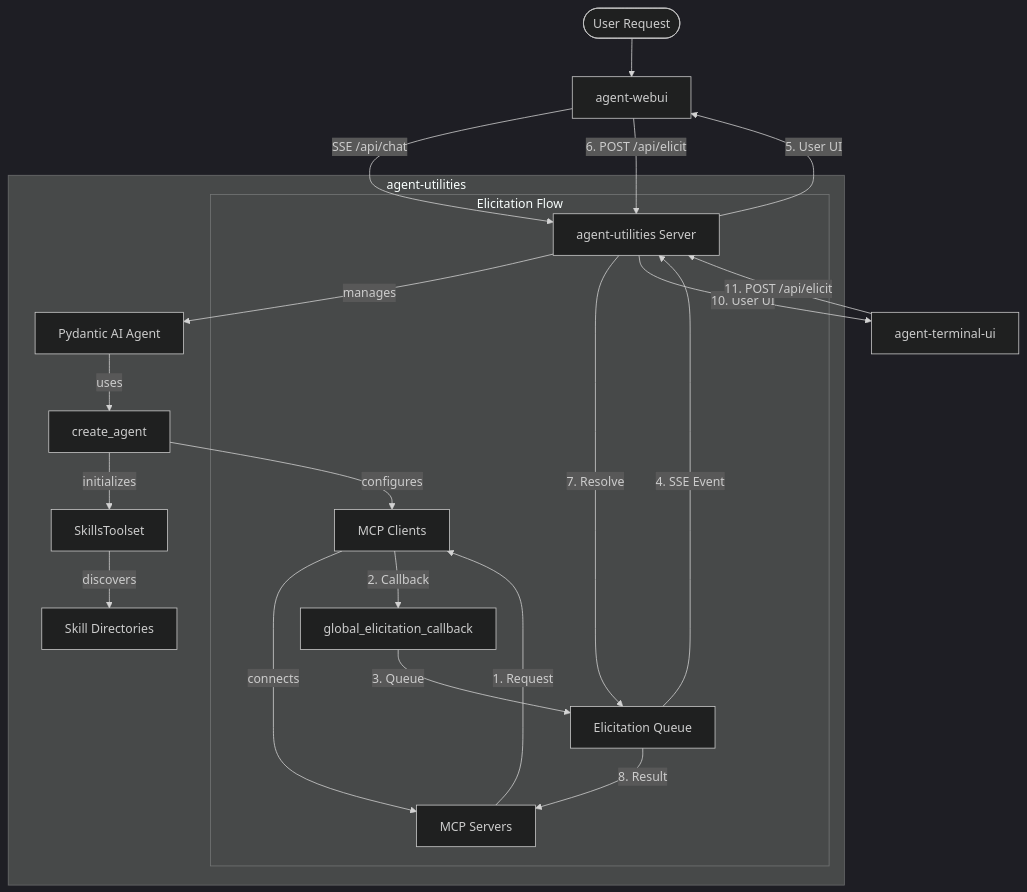
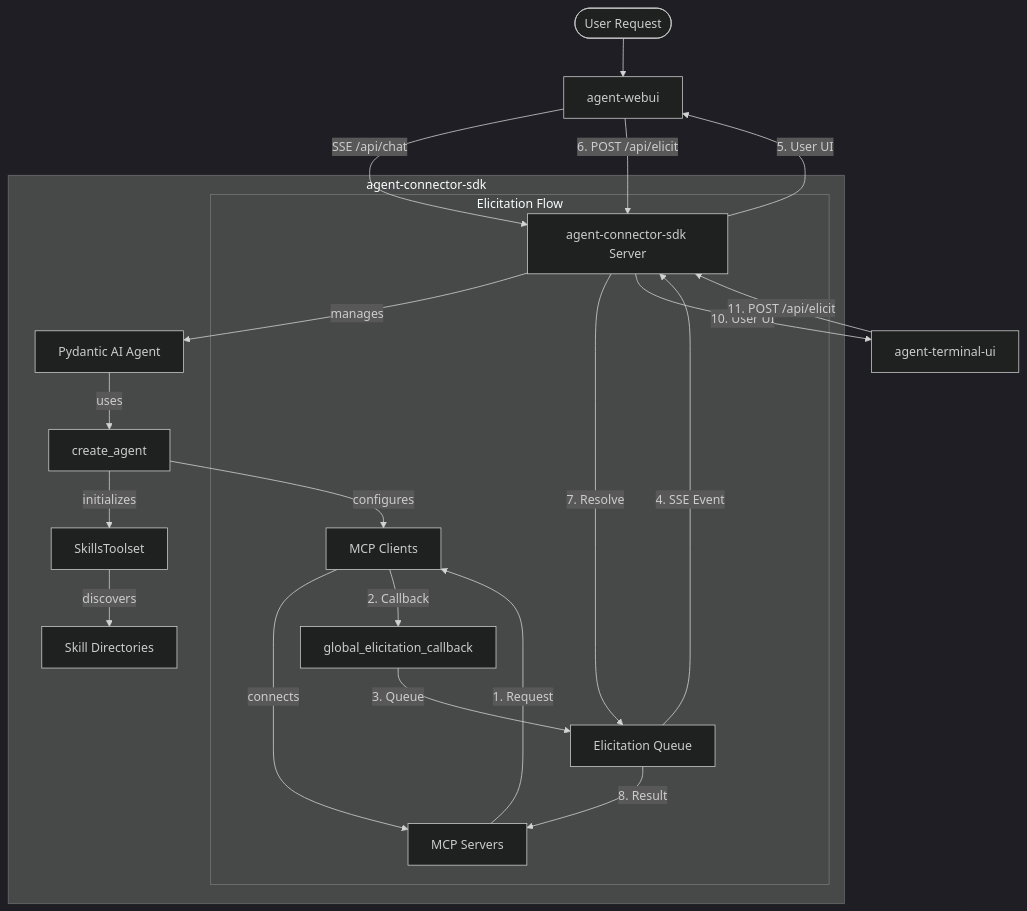
The first of 4 diagrams in AGENTS.md (Knuckles-Team/repository-manager), drawn with Mermaid (dark theme) before and after one commit. The commit also changed other lines of this file and 137 other files, not shown here.

First line of the commit message:
refactor: depend on agent-connector-sdk only; EG work coordination through the EG client

````diff
--- a/AGENTS.md
+++ b/AGENTS.md
@@ -51,29 +51,29 @@
 ```mermaid
 graph TD
     User([User Request]) --> WebUI[agent-webui]
-    WebUI -- SSE /api/chat --> Backend[agent-utilities Server]
+    WebUI -- SSE /api/chat --> Backend[agent-connector-sdk Server]
 
-    subgraph AgentUtilities [agent-utilities]
+    subgraph AgentUtilities [agent-connector-sdk]
         Backend -- manages --> Agent[Pydantic AI Agent]
         Agent -- uses --> CA[create_agent]
         CA -- initializes --> ST[SkillsToolset]
         CA -- configures --> MCP[MCP Clients]
         ST -- discovers --> SkillDir[Skill Directories]
         MCP -- connects --> MCPServer[MCP Servers]
 
         subgraph ElicitationFlow [Elicitation Flow]
             MCPServer -- 1. Request --> MCP
             MCP -- 2. Callback --> GEC[global_elicitation_callback]
             GEC -- 3. Queue --> EQ[Elicitation Queue]
             EQ -- 4. SSE Event --> Backend
         end
     end
 
     Backend -- 5. User UI --> WebUI
     WebUI -- 6. POST /api/elicit --> Backend
     Backend -- 7. Resolve --> EQ
     EQ -- 8. Result --> MCPServer
 
     Backend -- 10. User UI --> TerminalUI[agent-terminal-ui]
     TerminalUI -- 11. POST /api/elicit --> Backend
 ```
````
